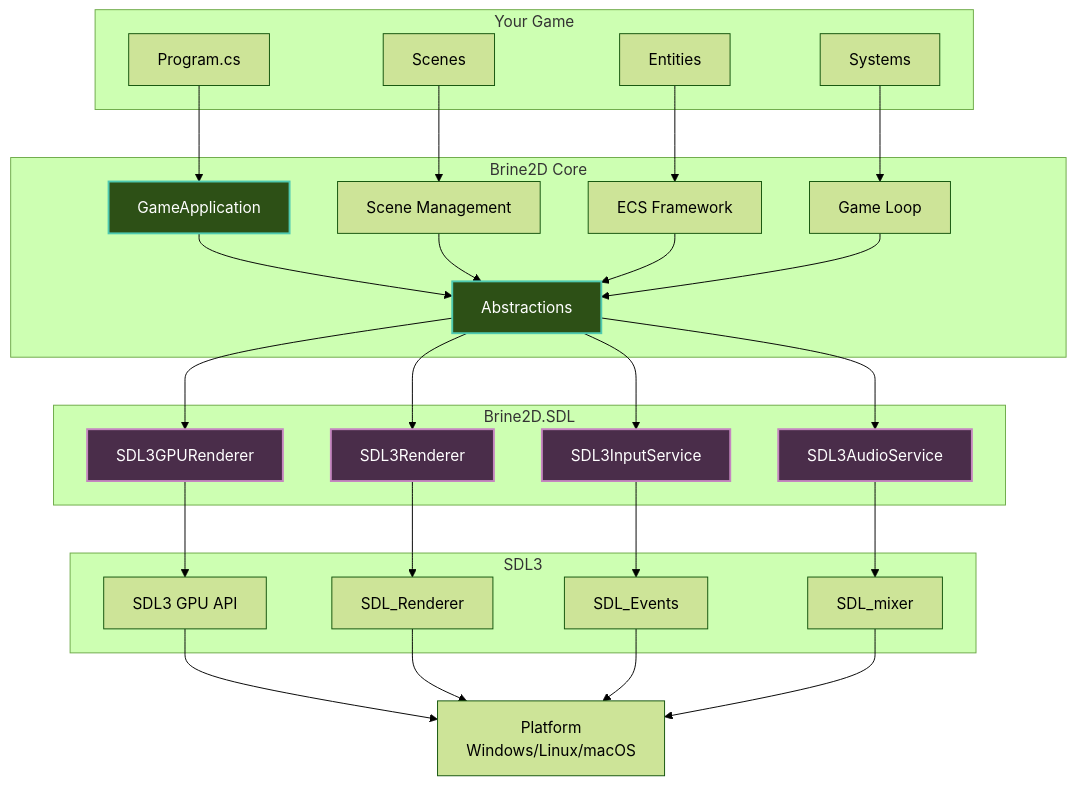
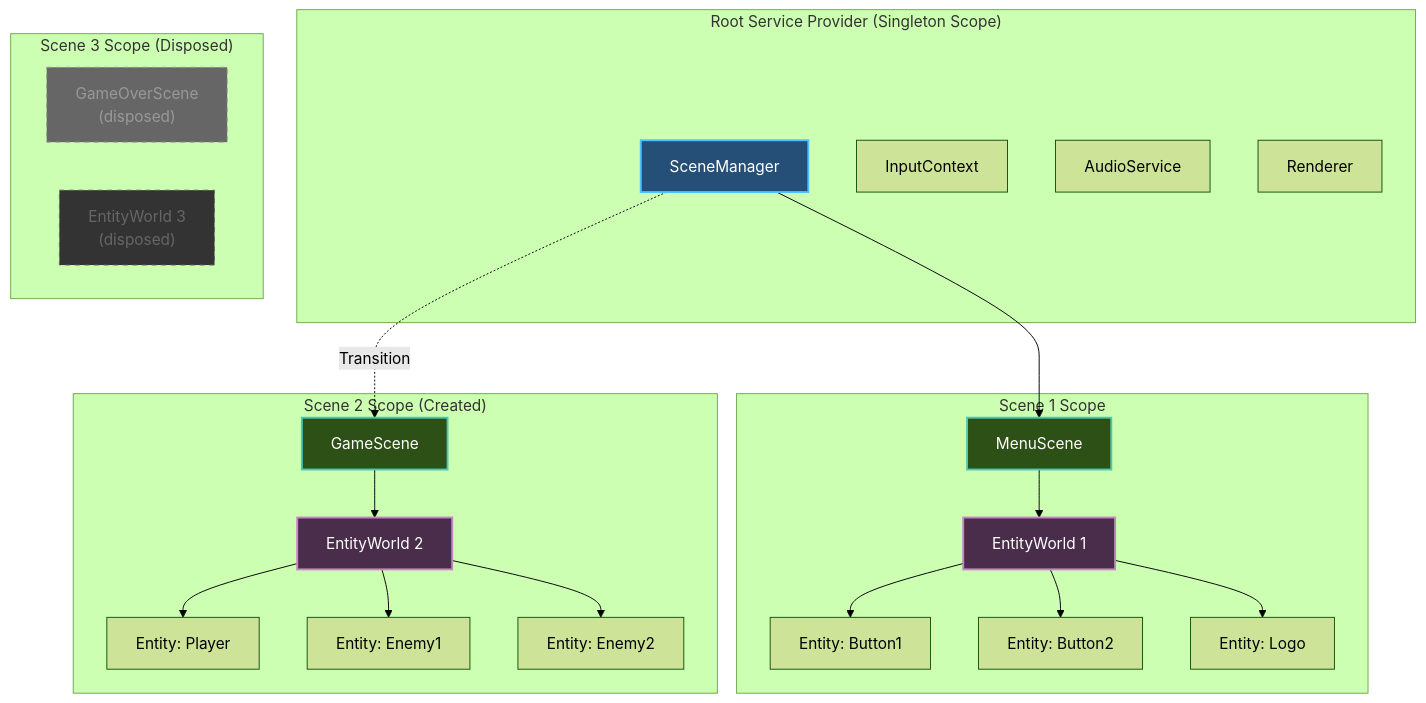
Before and after one commit to CrazyPickleStudios/Brine2D-Documentation: the second of 4 diagrams in docs/concepts/architecture.md, drawn with Mermaid (forest theme). The commit also changed other lines of this file and 8 other files, not shown here.

````diff
--- a/docs/concepts/architecture.md
+++ b/docs/concepts/architecture.md
@@ -833,63 +97,51 @@
-```mermaid
+~~~mermaid
 graph TB
-    subgraph "Your Game"
-        A1[Program.cs]
-        A2[Scenes]
-        A3[Entities]
-        A4[Systems]
+    subgraph Root["Root Service Provider (Singleton Scope)"]
+        SM[SceneManager]
+        IC[InputContext]
+        AS[AudioService]
+        R[Renderer]
     end
     
-    subgraph "Brine2D Core"
-        B1[GameApplication]
-        B2[Scene Management]
-        B3[ECS Framework]
-        B4[Game Loop]
-        B5[Abstractions]
+    subgraph Scene1["Scene 1 Scope"]
+        S1[MenuScene]
+        EW1[EntityWorld 1]
+        E1A[Entity: Button1]
+        E1B[Entity: Button2]
+        E1C[Entity: Logo]
     end
     
-    subgraph "Brine2D.SDL"
-        C1[SDL3GPURenderer]
-        C2[SDL3Renderer]
-        C3[SDL3InputService]
-        C4[SDL3AudioService]
+    subgraph Scene2["Scene 2 Scope (Created)"]
+        S2[GameScene]
+        EW2[EntityWorld 2]
+        E2A[Entity: Player]
+        E2B[Entity: Enemy1]
+        E2C[Entity: Enemy2]
     end
     
-    subgraph "SDL3"
-        D1[SDL3 GPU API]
-        D2[SDL_Renderer]
-        D3[SDL_Events]
-        D4[SDL_mixer]
+    subgraph Scene3["Scene 3 Scope (Disposed)"]
+        S3["GameOverScene<br/>(disposed)"]
+        EW3["EntityWorld 3<br/>(disposed)"]
     end
     
-    A1 --> B1
-    A2 --> B2
-    A3 --> B3
-    A4 --> B4
+    SM --> S1
+    SM -.->|Transition| S2
+    S1 --> EW1
+    S2 --> EW2
     
-    B1 --> B5
-    B2 --> B5
-    B3 --> B5
-    B4 --> B5
+    EW1 --> E1A
+    EW1 --> E1B
+    EW1 --> E1C
     
-    B5 --> C1
-    B5 --> C2
-    B5 --> C3
-    B5 --> C4
+    EW2 --> E2A
+    EW2 --> E2B
+    EW2 --> E2C
     
-    C1 --> D1
-    C2 --> D2
-    C3 --> D3
-    C4 --> D4
-    
-    D1 --> E[Platform<br/>Windows/Linux/macOS]
-    D2 --> E
-    D3 --> E
-    D4 --> E
-    
-    style B1 fill:#2d5016,stroke:#4ec9b0,stroke-width:2px,color:#fff
-    style B5 fill:#2d5016,stroke:#4ec9b0,stroke-width:2px,color:#fff
-    style C1 fill:#4a2d4a,stroke:#c586c0,stroke-width:2px,color:#fff
-    style C2 fill:#4a2d4a,stroke:#c586c0,stroke-width:2px,color:#fff
-    style C3 fill:#4a2d4a,stroke:#c586c0,stroke-width:2px,color:#fff
-    style C4 fill:#4a2d4a,stroke:#c586c0,stroke-width:2px,color:#fff
-```
+    style SM fill:#264f78,stroke:#4fc1ff,stroke-width:2px,color:#fff
+    style S1 fill:#2d5016,stroke:#4ec9b0,stroke-width:2px,color:#fff
+    style S2 fill:#2d5016,stroke:#4ec9b0,stroke-width:2px,color:#fff
+    style S3 fill:#666,stroke:#999,stroke-width:1px,stroke-dasharray: 5 5,color:#999
+    style EW1 fill:#4a2d4a,stroke:#c586c0,stroke-width:2px,color:#fff
+    style EW2 fill:#4a2d4a,stroke:#c586c0,stroke-width:2px,color:#fff
+    style EW3 fill:#333,stroke:#666,stroke-width:1px,stroke-dasharray: 5 5,color:#666
+~~~
````
